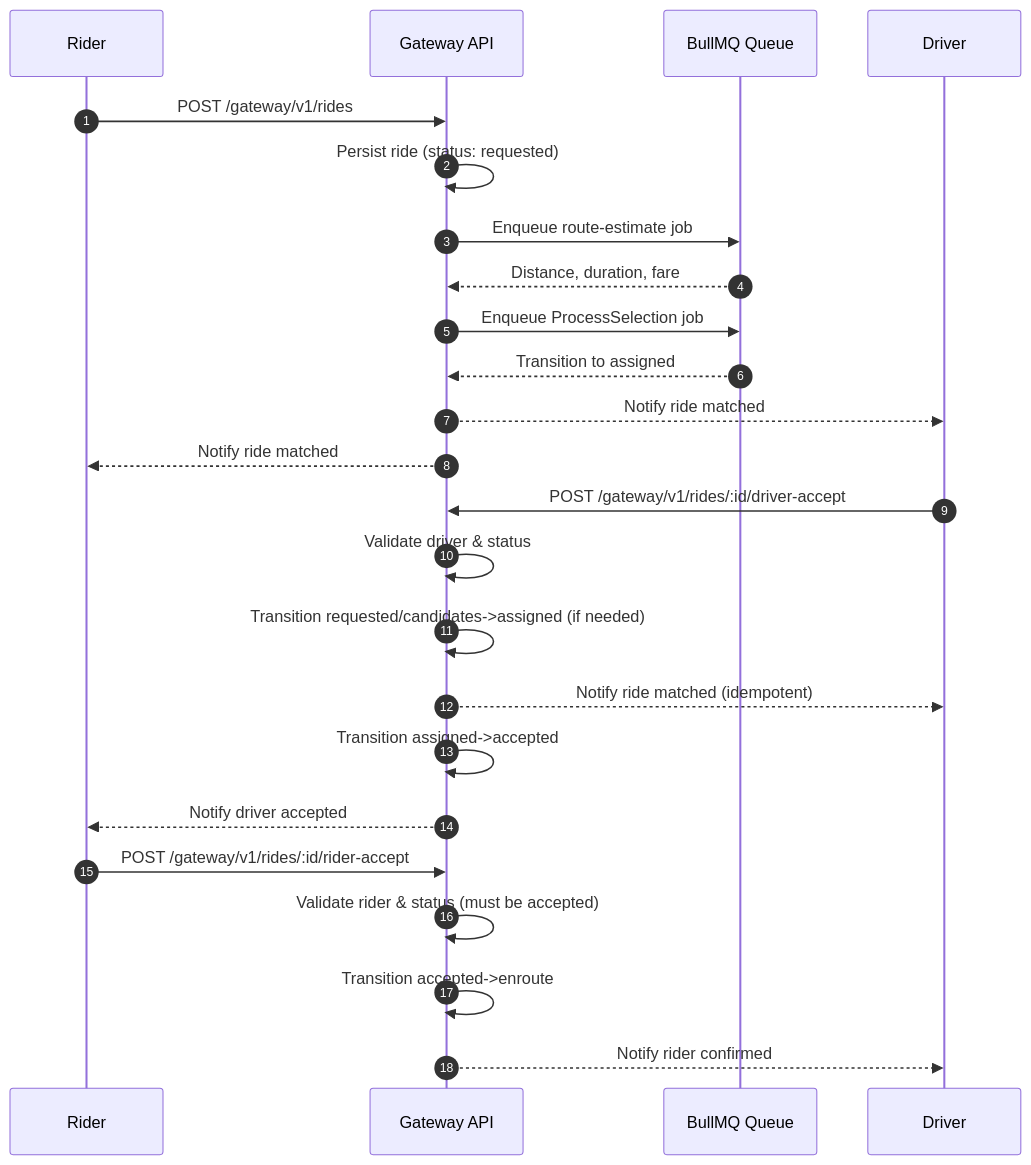
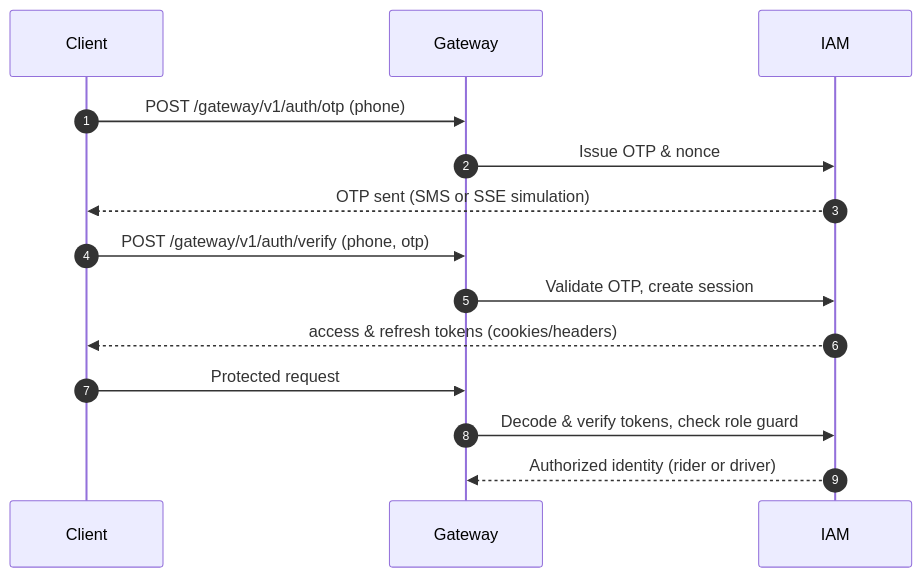
Before and after one commit to hdwix/neb-lite: the second of 5 diagrams in README.md, drawn with Mermaid. The commit also changed other lines of this file, not shown here.

Commit message:
Clarify README module flows

````diff
--- a/README.md
+++ b/README.md
@@ -128,29 +56,19 @@
 ```mermaid
 sequenceDiagram
     autonumber
-    participant Rider
-    participant Gateway as Gateway API
-    participant Queue as BullMQ Queue
-    participant Driver
+    participant Client
+    participant Gateway
+    participant IAM
 
-    Rider->>Gateway: POST /gateway/v1/rides
-    Gateway->>Gateway: Persist ride (status: requested)
-    Gateway->>Queue: Enqueue route-estimate job
-    Queue-->>Gateway: Distance, duration, fare
-    Gateway->>Queue: Enqueue ProcessSelection job
-    Queue-->>Gateway: Transition to assigned
-    Gateway-->>Driver: Notify ride matched
-    Gateway-->>Rider: Notify ride matched
+    Client->>Gateway: POST /gateway/v1/auth/otp (phone)
+    Gateway->>IAM: Issue OTP & nonce
+    IAM-->>Client: OTP sent (SMS or SSE simulation)
 
-    Driver->>Gateway: POST /gateway/v1/rides/:id/driver-accept
-    Gateway->>Gateway: Validate driver & status
-    Gateway->>Gateway: Transition requested/candidates->assigned (if needed)
-    Gateway-->>Driver: Notify ride matched (idempotent)
-    Gateway->>Gateway: Transition assigned->accepted
-    Gateway-->>Rider: Notify driver accepted
+    Client->>Gateway: POST /gateway/v1/auth/verify (phone, otp)
+    Gateway->>IAM: Validate OTP, create session
+    IAM-->>Client: access & refresh tokens (cookies/headers)
 
-    Rider->>Gateway: POST /gateway/v1/rides/:id/rider-accept
-    Gateway->>Gateway: Validate rider & status (must be accepted)
-    Gateway->>Gateway: Transition accepted->enroute
-    Gateway-->>Driver: Notify rider confirmed
+    Client->>Gateway: Protected request
+    Gateway->>IAM: Decode & verify tokens, check role guard
+    IAM-->>Gateway: Authorized identity (rider or driver)
 ```
````
